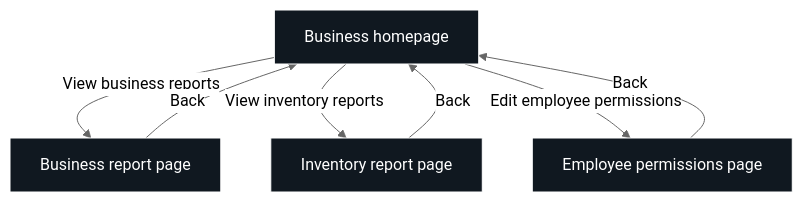
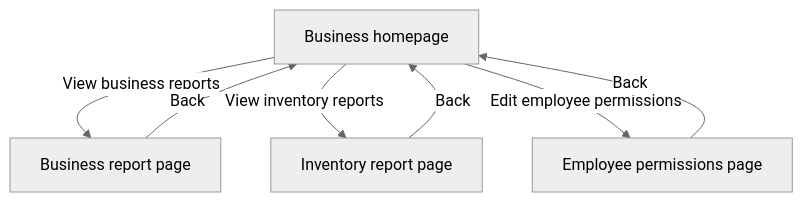
Before and after one commit to brendanb627/Bessman-Bend-Bike-Shop: the sixth of 10 diagrams in initial_design_doc.md, drawn with Mermaid (neutral theme). The commit also changed other lines of this file, not shown here.

Commit message:
add interfaces, class and er diagram

````diff
--- a/initial_design_doc.md
+++ b/initial_design_doc.md
@@ -144,16 +144,13 @@
 ```mermaid
 flowchart TD
     Home[Business homepage]
 
     Home -->|View business reports| BusinessReportPage[Business report page]
     BusinessReportPage -->|Back| Home
 
     Home -->|View inventory reports| InventoryReportPage[Inventory report page]
     InventoryReportPage -->|Back| Home
 
     Home -->|Edit employee permissions| PermissionsPage[Employee permissions page]
     PermissionsPage -->|Back| Home
-
-    classDef page fill:#101820,stroke:#ffffff,color:#ffffff
-    class Home,BusinessReportPage,InventoryReportPage,PermissionsPage page
 ```
````
